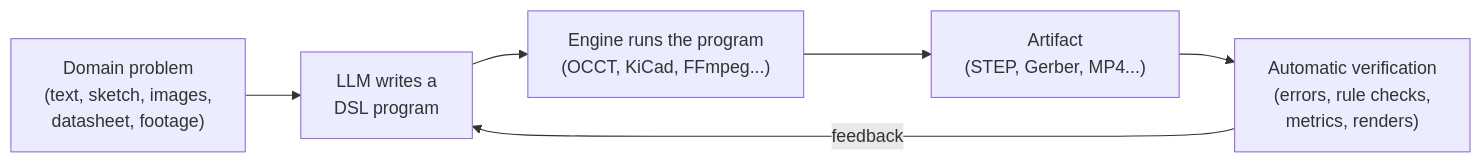
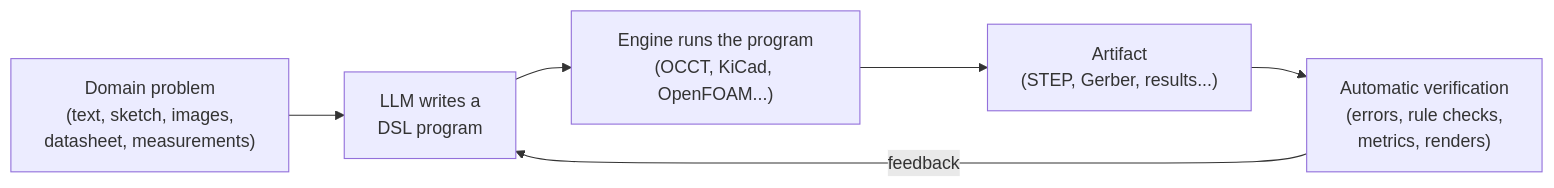
One commit to vvsvictor/map-to-software changed the first of 2 diagrams in README.md. Above: the diagram before and after it, drawn with Mermaid. The commit also changed other lines of this file and 10 other files, not shown here.

````diff
--- a/README.md
+++ b/README.md
@@ -60,8 +77,8 @@
 ```mermaid
 flowchart LR
-    A["Domain problem<br/>(text, sketch, images,<br/>datasheet, footage)"] --> B["LLM writes a<br/>DSL program"]
-    B --> C["Engine runs the program<br/>(OCCT, KiCad, FFmpeg...)"]
-    C --> D["Artifact<br/>(STEP, Gerber, MP4...)"]
+    A["Domain problem<br/>(text, sketch, images,<br/>datasheet, measurements)"] --> B["LLM writes a<br/>DSL program"]
+    B --> C["Engine runs the program<br/>(OCCT, KiCad, OpenFOAM...)"]
+    C --> D["Artifact<br/>(STEP, Gerber, results...)"]
     D --> E["Automatic verification<br/>(errors, rule checks,<br/>metrics, renders)"]
     E -- feedback --> B
 ```
````
